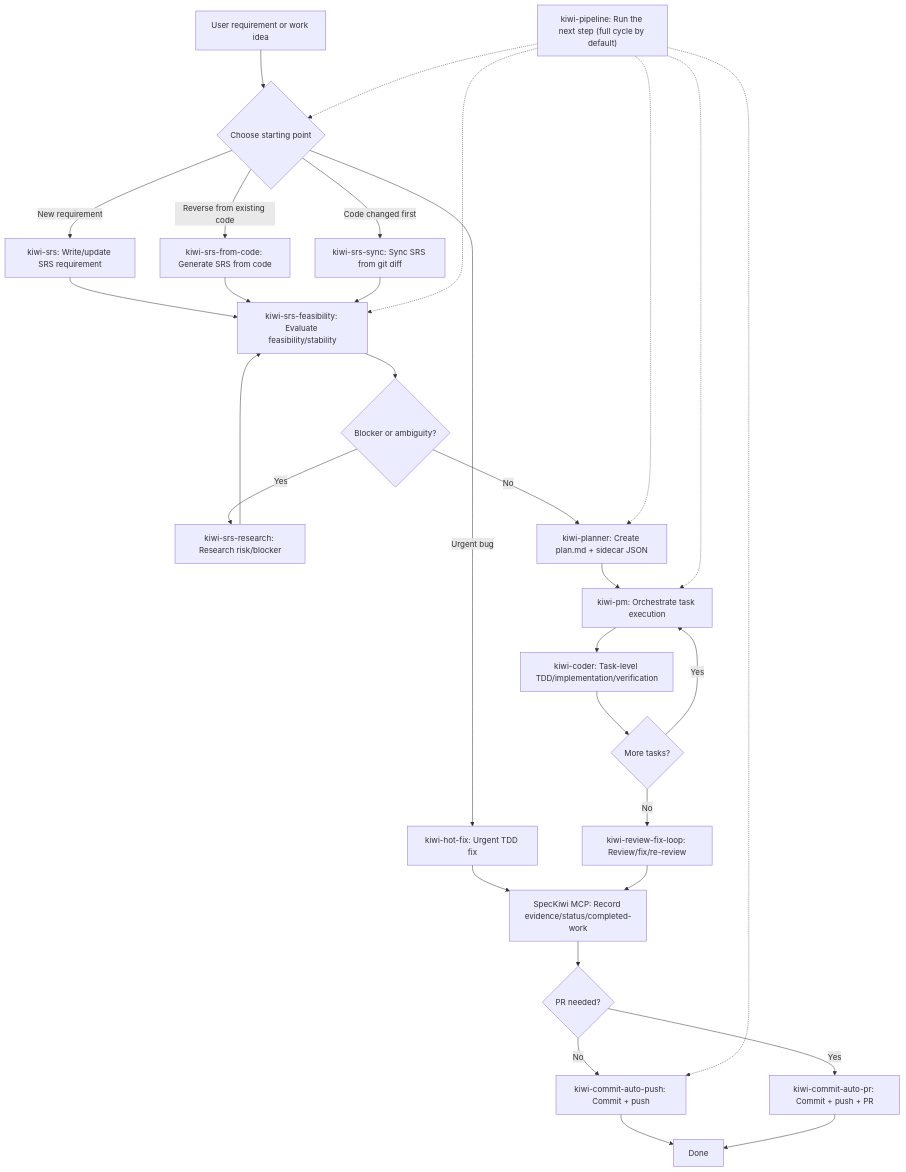
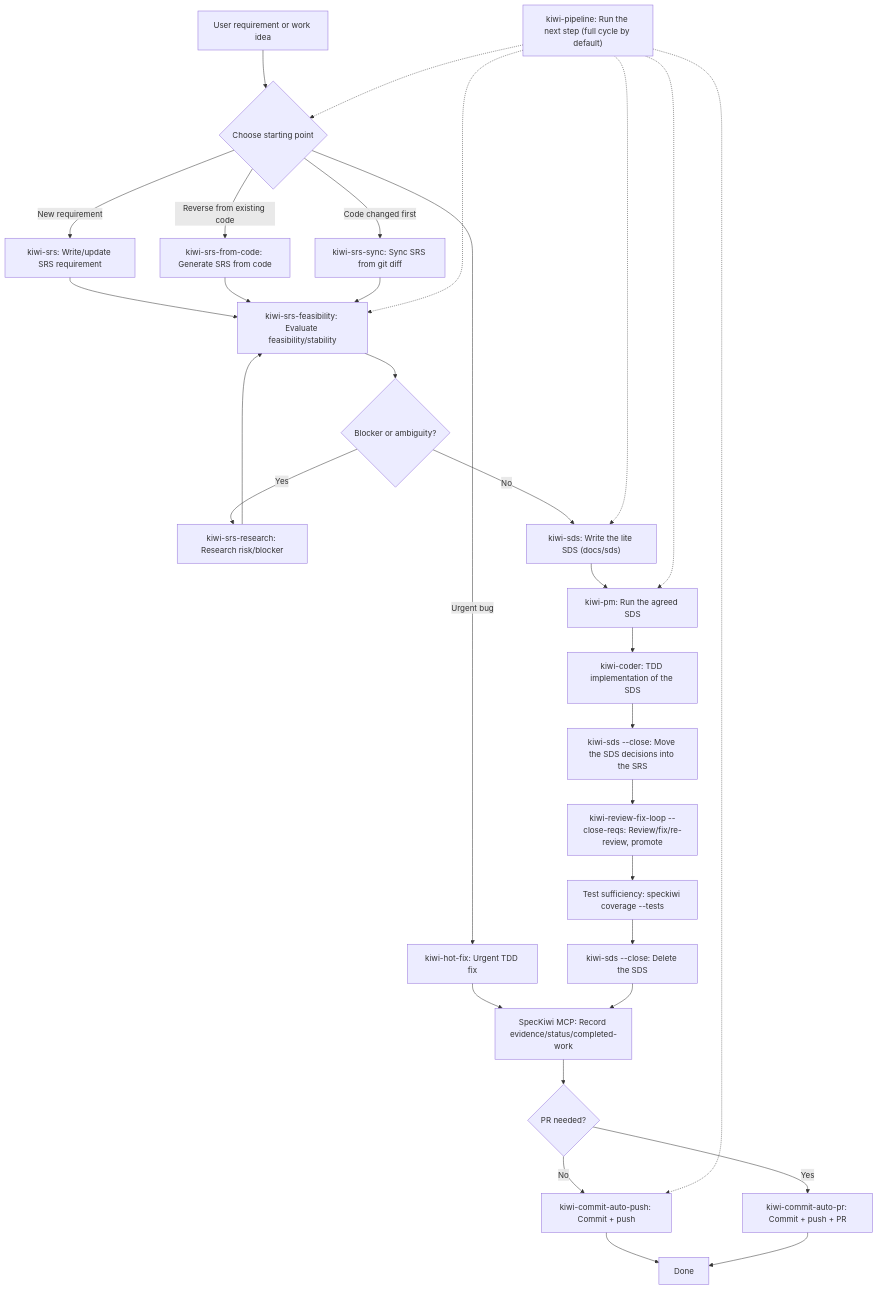
The first of 4 diagrams in README.md (Snoworca/speckiwi), drawn with Mermaid before and after one commit. The commit also changed other lines of this file and 577 other files, not shown here.

````diff
--- a/README.md
+++ b/README.md
@@ -322,36 +324,37 @@
 ```mermaid
 flowchart TD
     A["User requirement or work idea"] --> B{"Choose starting point"}
     B -->|New requirement| C["kiwi-srs: Write/update SRS requirement"]
     B -->|Reverse from existing code| D["kiwi-srs-from-code: Generate SRS from code"]
     B -->|Code changed first| E["kiwi-srs-sync: Sync SRS from git diff"]
     B -->|Urgent bug| Q["kiwi-hot-fix: Urgent TDD fix"]
 
     C --> F["kiwi-srs-feasibility: Evaluate feasibility/stability"]
     D --> F
     E --> F
     Q --> M
 
     F --> G{"Blocker or ambiguity?"}
     G -->|Yes| H["kiwi-srs-research: Research risk/blocker"]
     H --> F
-    G -->|No| I["kiwi-planner: Create plan.md + sidecar JSON"]
+    G -->|No| I["kiwi-sds: Write the lite SDS (docs/sds)"]
 
-    I --> J["kiwi-pm: Orchestrate task execution"]
-    J --> K["kiwi-coder: Task-level TDD/implementation/verification"]
-    K --> L{"More tasks?"}
-    L -->|Yes| J
-    L -->|No| R["kiwi-review-fix-loop: Review/fix/re-review"]
-    R --> M["SpecKiwi MCP: Record evidence/status/completed-work"]
+    I --> J["kiwi-pm: Run the agreed SDS"]
+    J --> K["kiwi-coder: TDD implementation of the SDS"]
+    K --> X["kiwi-sds --close: Move the SDS decisions into the SRS"]
+    X --> R["kiwi-review-fix-loop --close-reqs: Review/fix/re-review, promote"]
+    R --> V["Test sufficiency: speckiwi coverage --tests"]
+    V --> Y["kiwi-sds --close: Delete the SDS"]
+    Y --> M["SpecKiwi MCP: Record evidence/status/completed-work"]
     M --> S{"PR needed?"}
     S -->|No| N["kiwi-commit-auto-push: Commit + push"]
     S -->|Yes| T["kiwi-commit-auto-pr: Commit + push + PR"]
     N --> O["Done"]
     T --> O
 
     P["kiwi-pipeline: Run the next step (full cycle by default)"] -.-> B
     P -.-> F
     P -.-> I
     P -.-> J
     P -.-> N
 ```
````
